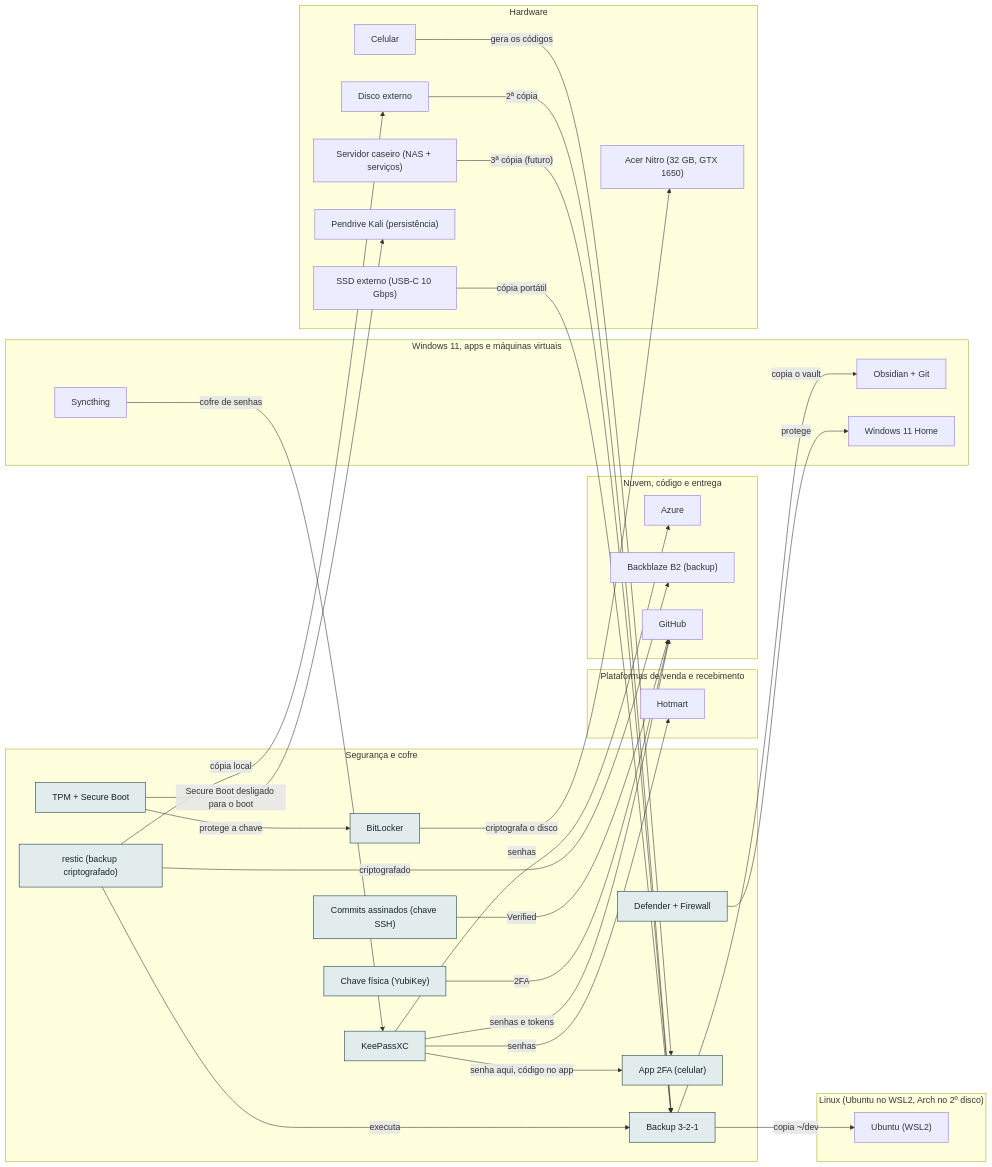
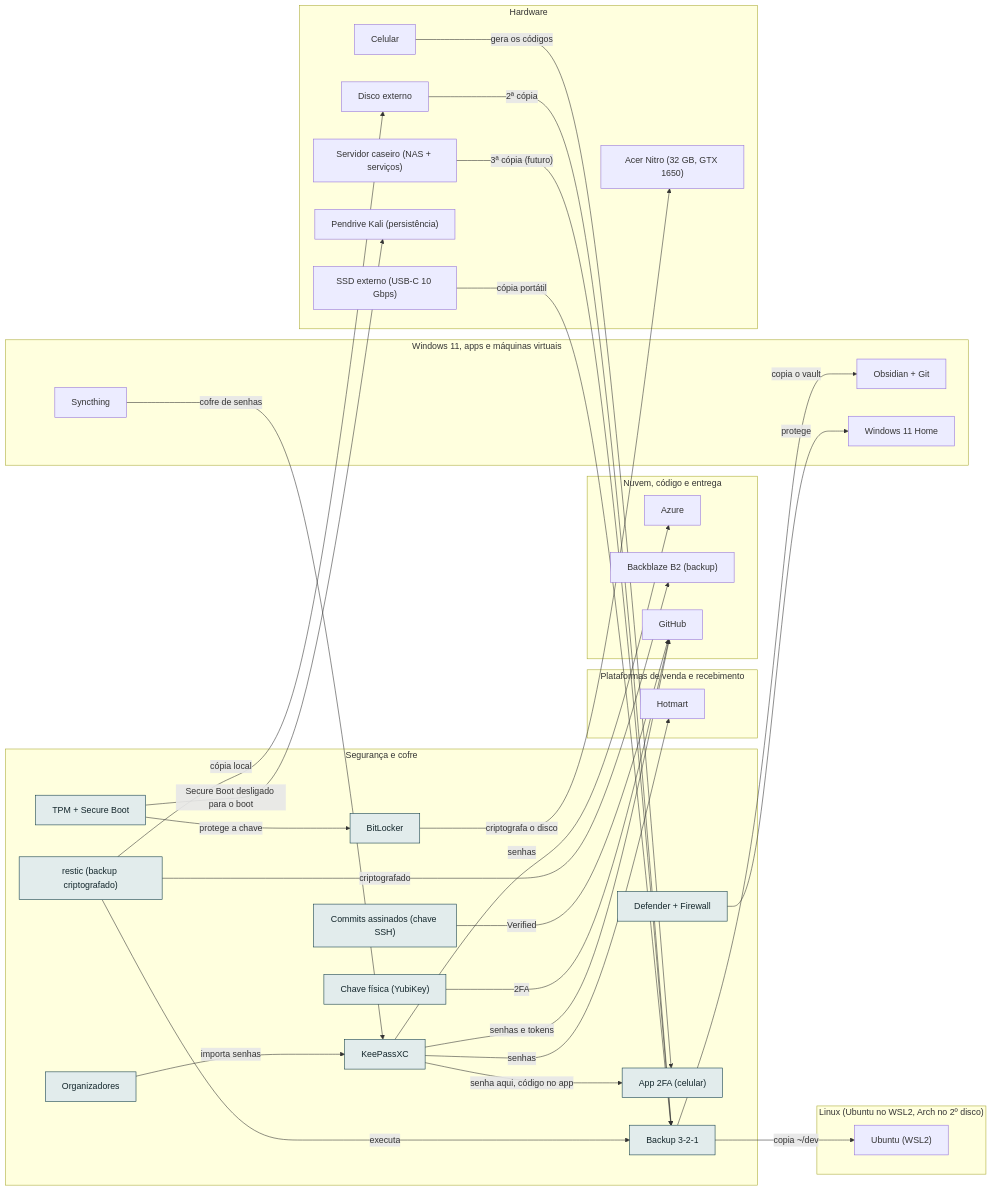
The diagram in docs/camadas/02-seg.md (AlanMateus17/dev-setup), drawn with Mermaid before and after one commit. The commit also changed other lines of this file and 75 other files, not shown here.

````diff
--- a/docs/camadas/02-seg.md
+++ b/docs/camadas/02-seg.md
@@ -14,60 +14,62 @@
 ```mermaid
 flowchart LR
   subgraph L_seg["Segurança e cofre"]
     n_sign["Commits assinados (chave SSH)"]
     n_restic["restic (backup criptografado)"]
     n_ykey["Chave física (YubiKey)"]
     n_tpm["TPM + Secure Boot"]
     n_bitl["BitLocker"]
     n_def["Defender + Firewall"]
     n_kee["KeePassXC"]
     n_tfa["App 2FA (celular)"]
     n_bkp["Backup 3-2-1"]
+    n_organizar["Organizadores"]
   end
   subgraph L_venda["Plataformas de venda e recebimento"]
     n_hotm["Hotmart"]
   end
   subgraph L_nuvem["Nuvem, código e entrega"]
     n_azure["Azure"]
     n_b2["Backblaze B2 (backup)"]
     n_gh["GitHub"]
   end
   subgraph L_lin["Linux (Ubuntu no WSL2, Arch no 2º disco)"]
     n_wsl["Ubuntu (WSL2)"]
   end
   subgraph L_win["Windows 11, apps e máquinas virtuais"]
     n_obsd["Obsidian + Git"]
     n_syncth["Syncthing"]
     n_w11["Windows 11 Home"]
   end
   subgraph L_hw["Hardware"]
     n_cel["Celular"]
     n_ext["Disco externo"]
     n_nas["Servidor caseiro (NAS + serviços)"]
     n_nb["Acer Nitro (32 GB, GTX 1650)"]
     n_pkali["Pendrive Kali (persistência)"]
     n_ssdext["SSD externo (USB-C 10 Gbps)"]
   end
   n_sign -->|"Verified"| n_gh
   n_restic -->|"cópia local"| n_ext
   n_restic -->|"executa"| n_bkp
   n_restic -->|"criptografado"| n_b2
   n_ykey -->|"2FA"| n_gh
   n_tpm -->|"protege a chave"| n_bitl
   n_tpm -->|"Secure Boot desligado para o boot"| n_pkali
   n_bitl -->|"criptografa o disco"| n_nb
   n_def -->|"protege"| n_w11
   n_kee -->|"senha aqui, código no app"| n_tfa
   n_kee -->|"senhas e tokens"| n_gh
   n_kee -->|"senhas"| n_hotm
   n_kee -->|"senhas"| n_azure
   n_syncth -->|"cofre de senhas"| n_kee
+  n_organizar -->|"importa senhas"| n_kee
   n_cel -->|"gera os códigos"| n_tfa
   n_bkp -->|"copia ~/dev"| n_wsl
   n_bkp -->|"copia o vault"| n_obsd
   n_ext -->|"2ª cópia"| n_bkp
   n_nas -->|"3ª cópia (futuro)"| n_bkp
   n_ssdext -->|"cópia portátil"| n_bkp
   classDef desta fill:#e2ecec,stroke:#0e3a45,color:#13262b
-  class n_sign,n_restic,n_ykey,n_tpm,n_bitl,n_def,n_kee,n_tfa,n_bkp desta
+  class n_sign,n_restic,n_ykey,n_tpm,n_bitl,n_def,n_kee,n_tfa,n_bkp,n_organizar desta
 ```
````
